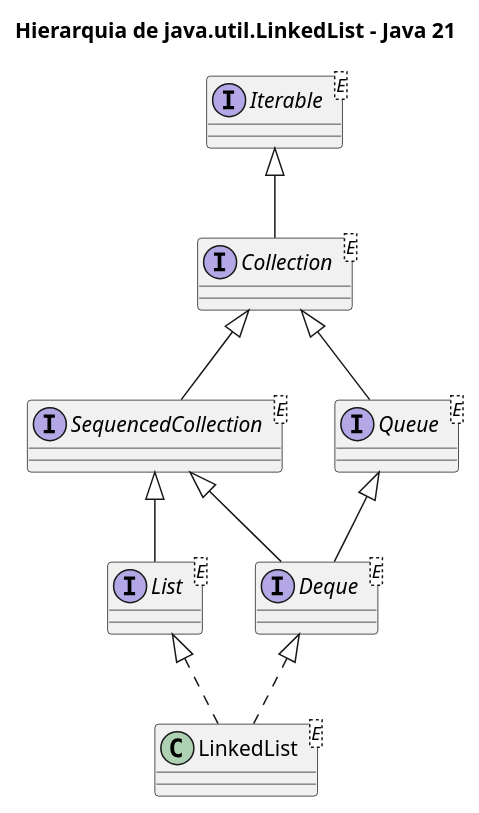
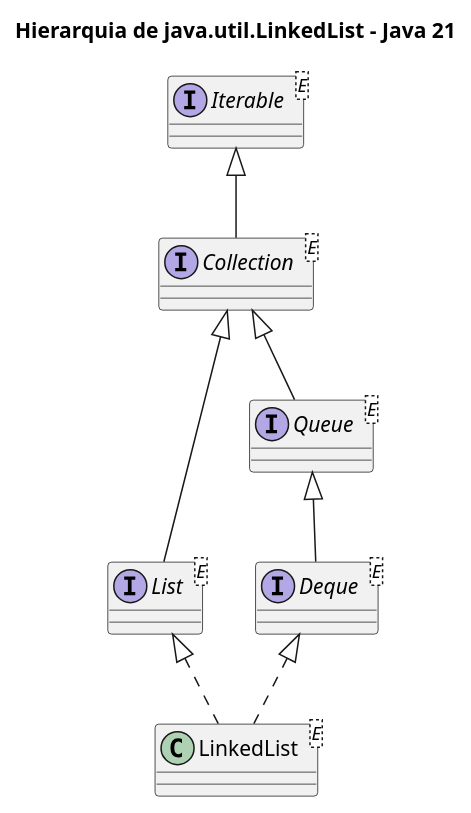
Before and after one commit to fabriciosantana/idp-marp-slides: the diagram in subjects/poo/code/11-linkedlist-main.puml, drawn with PlantUML. The commit also changed 7 other files, not shown here.

```diff
--- a/subjects/poo/code/11-linkedlist-main.puml
+++ b/subjects/poo/code/11-linkedlist-main.puml
@@ -1,23 +1,20 @@
 @startuml
 title Hierarquia de java.util.LinkedList - Java 21
 
 interface Iterable<E>
 interface Collection<E>
-interface SequencedCollection<E>
 interface List<E>
 interface Queue<E>
 interface Deque<E>
 
 class LinkedList<E>
 
 Iterable <|-- Collection
-Collection <|-- SequencedCollection
-SequencedCollection <|-- List
+Collection <|-- List
 Collection <|-- Queue
 Queue <|-- Deque
-SequencedCollection <|-- Deque
 
 List <|.. LinkedList
 Deque <|.. LinkedList
 
 @enduml
```
